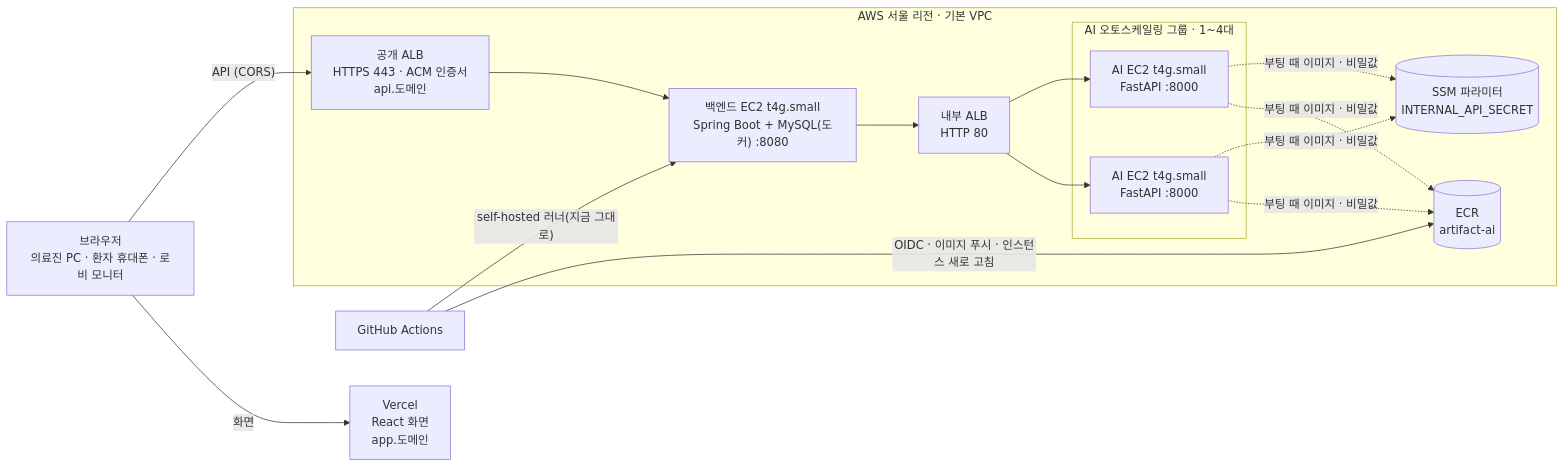
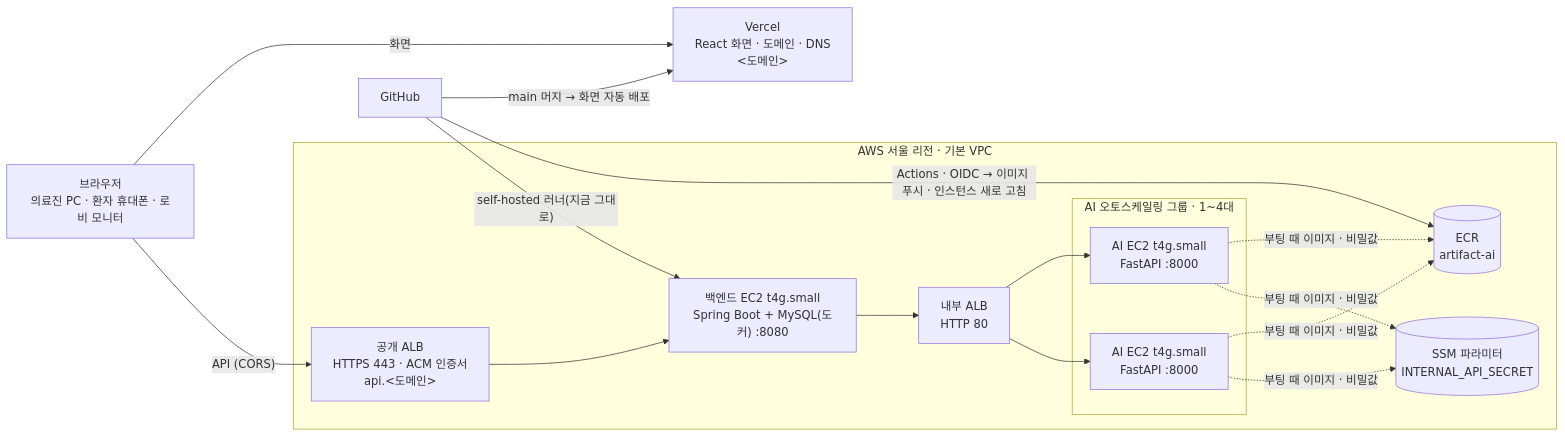
Before and after one commit to CSID-DGU/2026-1-CECD1-5-Artifact-9: the diagram in docs/aws-elb-asg-guide.md, drawn with Mermaid. The commit also changed other lines of this file and 1 other file, not shown here.

First line of the commit message:
docs(deploy): Vercel 을 먼저 — 도메인·DNS 는 Vercel 에서, 화면이 바뀐 커밋만 빌드한다

````diff
--- a/docs/aws-elb-asg-guide.md
+++ b/docs/aws-elb-asg-guide.md
@@ -17,22 +18,23 @@
 ```mermaid
 flowchart LR
   U["브라우저<br/>의료진 PC · 환자 휴대폰 · 로비 모니터"]
-  V["Vercel<br/>React 화면<br/>app.도메인"]
+  V["Vercel<br/>React 화면 · 도메인 · DNS<br/>&lt;도메인&gt;"]
   subgraph AWS["AWS 서울 리전 · 기본 VPC"]
-    ALB["공개 ALB<br/>HTTPS 443 · ACM 인증서<br/>api.도메인"]
+    ALB["공개 ALB<br/>HTTPS 443 · ACM 인증서<br/>api.&lt;도메인&gt;"]
     BE["백엔드 EC2 t4g.small<br/>Spring Boot + MySQL(도커) :8080"]
     IALB["내부 ALB<br/>HTTP 80"]
     subgraph ASG["AI 오토스케일링 그룹 · 1~4대"]
       AI1["AI EC2 t4g.small<br/>FastAPI :8000"]
       AI2["AI EC2 t4g.small<br/>FastAPI :8000"]
     end
     ECR[("ECR<br/>artifact-ai")]
     SSM[("SSM 파라미터<br/>INTERNAL_API_SECRET")]
   end
-  GH["GitHub Actions"]
+  GH["GitHub"]
   U -->|화면| V
   U -->|"API (CORS)"| ALB --> BE --> IALB --> AI1 & AI2
-  GH -->|"OIDC · 이미지 푸시 · 인스턴스 새로 고침"| ECR
+  GH -->|"main 머지 → 화면 자동 배포"| V
+  GH -->|"Actions · OIDC → 이미지 푸시 · 인스턴스 새로 고침"| ECR
   AI1 & AI2 -.->|"부팅 때 이미지 · 비밀값"| ECR & SSM
   GH -->|"self-hosted 러너(지금 그대로)"| BE
 ```
````
